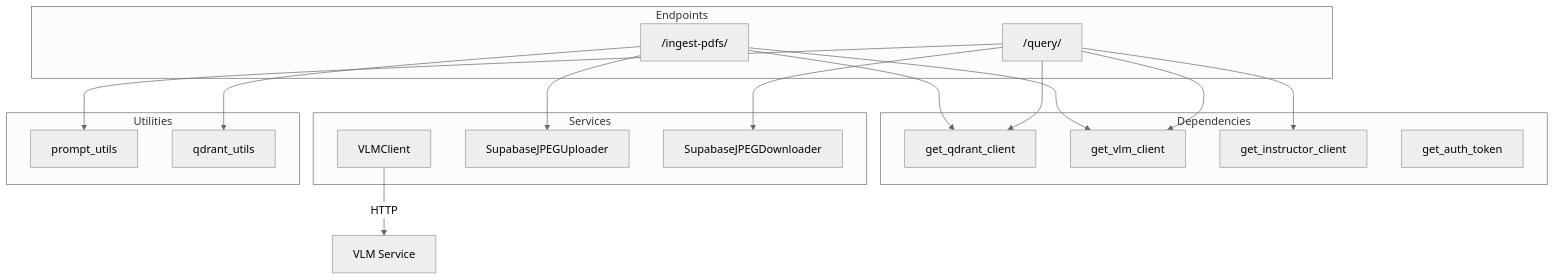
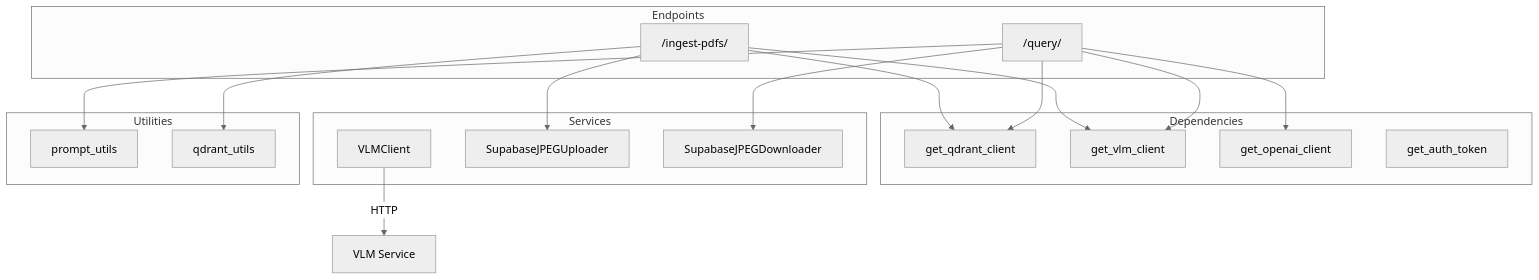
Before and after one commit to akosgintl/colpali-rag-app: the second of 6 diagrams in docs/architecture.md, drawn with Mermaid (neutral theme). The commit also changed other lines of this file and 35 other files, not shown here.

````diff
--- a/docs/architecture.md
+++ b/docs/architecture.md
@@ -52,36 +59,36 @@
 ```mermaid
 graph TD
     subgraph Endpoints["Endpoints"]
         ingest["/ingest-pdfs/"]
         query["/query/"]
     end
 
     subgraph Dependencies["Dependencies"]
         dep1["get_qdrant_client"]
         dep2["get_vlm_client"]
-        dep3["get_instructor_client"]
+        dep3["get_openai_client"]
         dep4["get_auth_token"]
     end
 
     subgraph Services["Services"]
         vlm["VLMClient"]
         uploader["SupabaseJPEGUploader"]
         downloader["SupabaseJPEGDownloader"]
     end
 
     subgraph Utilities["Utilities"]
         prompt["prompt_utils"]
         qdrant_u["qdrant_utils"]
     end
 
     ingest --> dep1
     ingest --> dep2
     ingest --> uploader
     ingest --> qdrant_u
     query --> dep1
     query --> dep2
     query --> dep3
     query --> downloader
     query --> prompt
     vlm -->|HTTP| VLM["VLM Service"]
 ```
````
